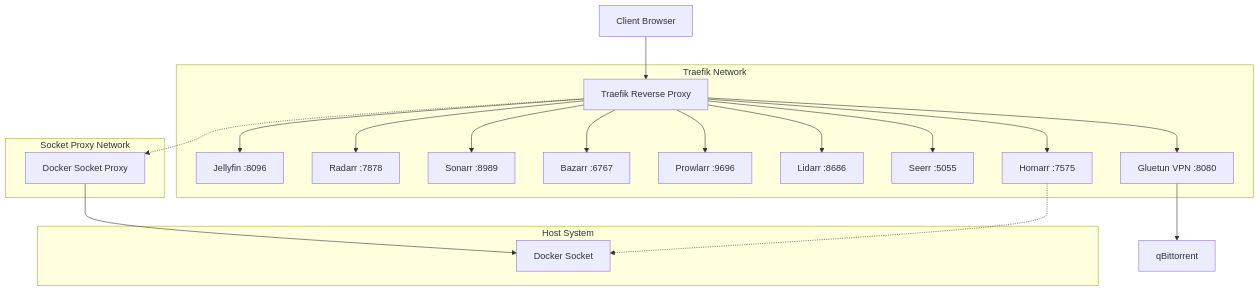
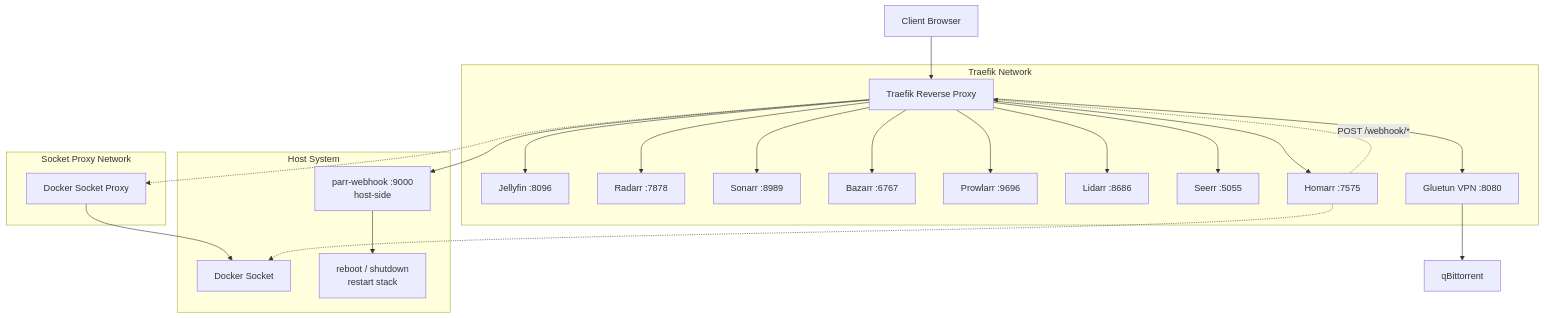
One commit to gartcimore/parr changed the diagram in readme.md. Above: the diagram before and after it, drawn with Mermaid. The commit also changed other lines of this file and 12 other files, not shown here.

First line of the commit message:
feat(webhook): add host-side webhook for Homarr-triggered actions

````diff
--- a/readme.md
+++ b/readme.md
@@ -8,40 +8,45 @@
 ```mermaid
 flowchart TD
     Client[Client Browser] --> Traefik[Traefik Reverse Proxy]
     Traefik -.-> SocketProxy[Docker Socket Proxy]
     SocketProxy --> DockerSocket[Docker Socket]
     
     Traefik --> Jellyfin[Jellyfin :8096]
     Traefik --> Radarr[Radarr :7878]
     Traefik --> Sonarr[Sonarr :8989]
     Traefik --> Bazarr[Bazarr :6767]
     Traefik --> Prowlarr[Prowlarr :9696]
     Traefik --> Lidarr[Lidarr :8686]
     Traefik --> Seerr[Seerr :5055]
     Traefik --> Homarr[Homarr :7575]
     Traefik --> Gluetun[Gluetun VPN :8080]
+    Traefik --> Webhook[parr-webhook :9000<br/>host-side]
     Gluetun --> QBittorrent[qBittorrent]
     
     Homarr -.-> DockerSocket
+    Homarr -. POST /webhook/* .-> Traefik
+    Webhook --> HostActions[reboot / shutdown<br/>restart stack]
     
     subgraph SocketNet[Socket Proxy Network]
         SocketProxy
     end
     
     subgraph TraefikNet[Traefik Network]
         Traefik
         Jellyfin
         Radarr
         Sonarr
         Bazarr
         Prowlarr
         Lidarr
         Seerr
         Homarr
         Gluetun
     end
     
     subgraph Host[Host System]
         DockerSocket
+        Webhook
+        HostActions
     end
 ```
````
